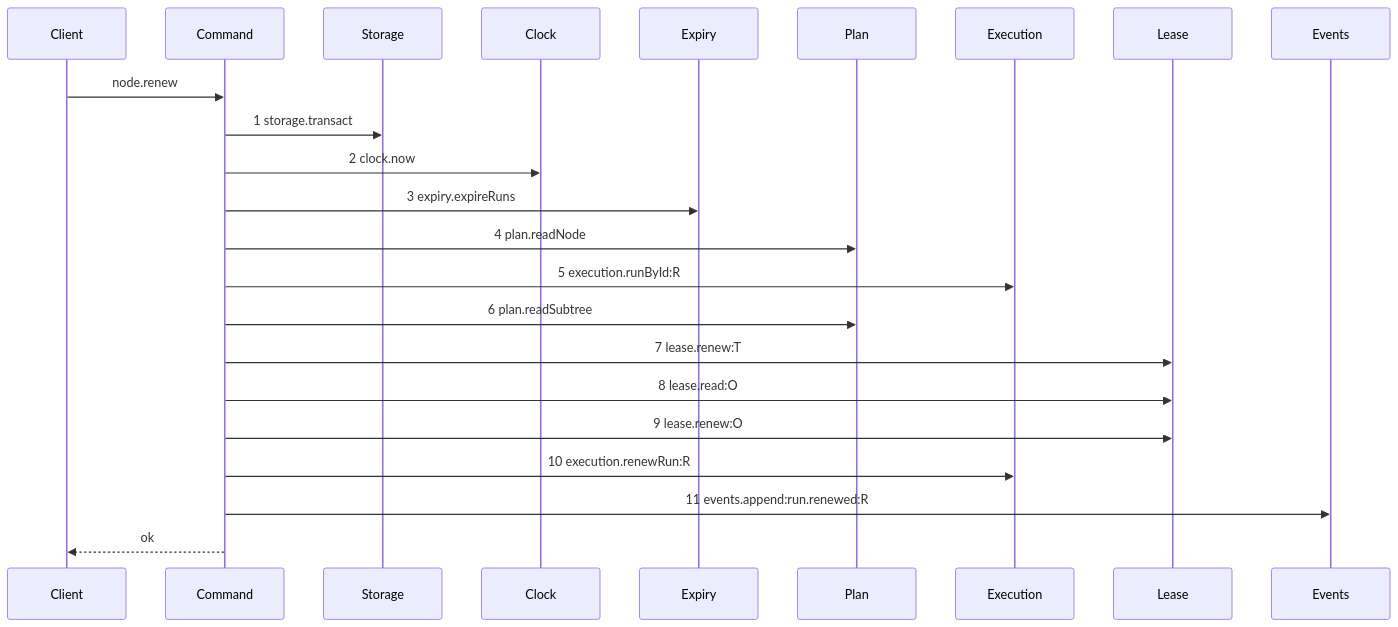
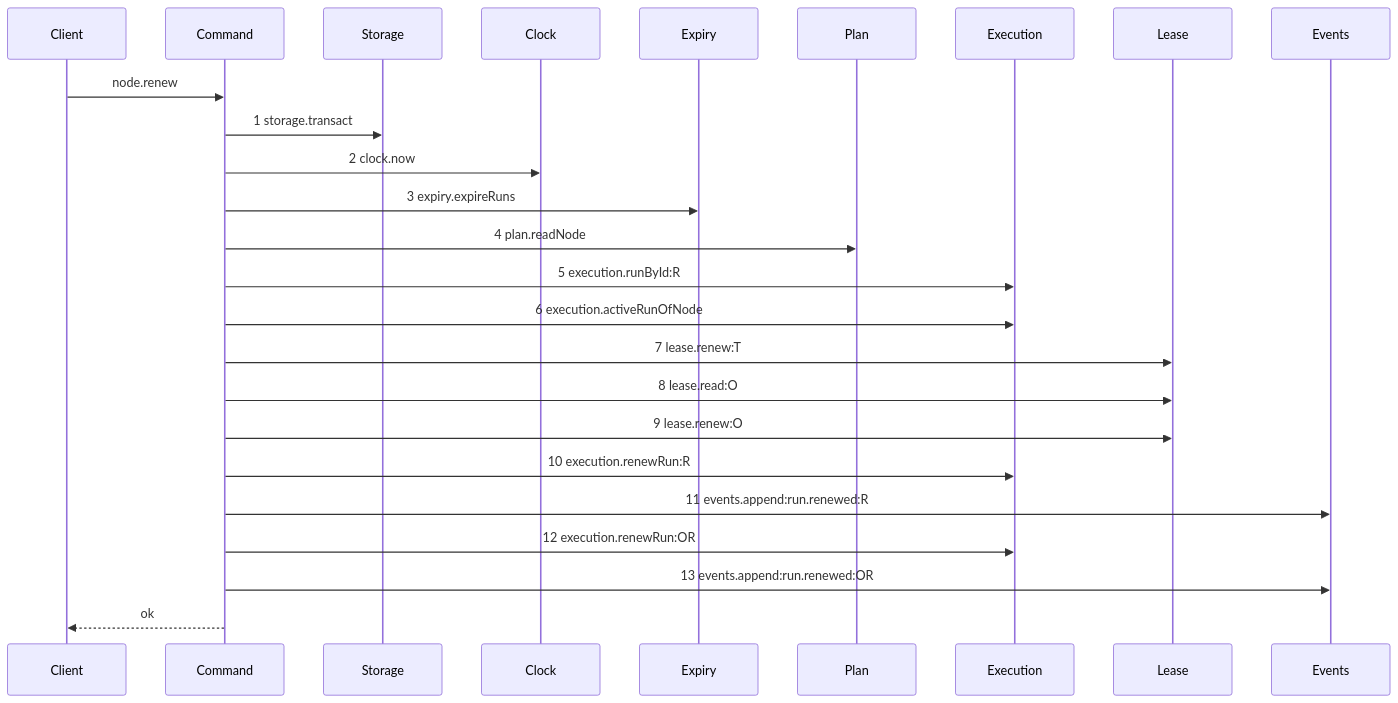
Before and after one commit to kanthorlabs/kanthord-engine: the second of 2 diagrams in .agents/plan/stories/050.2-the-run-renew-release-and-report/03-the-renew.md, drawn with Mermaid. The commit also changed other lines of this file and 150 other files, not shown here.

````diff
--- a/.agents/plan/stories/050.2-the-run-renew-release-and-report/03-the-renew.md
+++ b/.agents/plan/stories/050.2-the-run-renew-release-and-report/03-the-renew.md
@@ -99,25 +99,27 @@
 ```mermaid
 sequenceDiagram
     participant Client
     participant Command
     participant Storage
     participant Clock
     participant Expiry
     participant Plan
     participant Execution
     participant Lease
     participant Events
     Client->>Command: node.renew
     Command->>Storage: 1 storage.transact
     Command->>Clock: 2 clock.now
     Command->>Expiry: 3 expiry.expireRuns
     Command->>Plan: 4 plan.readNode
     Command->>Execution: 5 execution.runById:R
-    Command->>Plan: 6 plan.readSubtree
+    Command->>Execution: 6 execution.activeRunOfNode
     Command->>Lease: 7 lease.renew:T
     Command->>Lease: 8 lease.read:O
     Command->>Lease: 9 lease.renew:O
     Command->>Execution: 10 execution.renewRun:R
     Command->>Events: 11 events.append:run.renewed:R
+    Command->>Execution: 12 execution.renewRun:OR
+    Command->>Events: 13 events.append:run.renewed:OR
     Command-->>Client: ok
 ```
````
